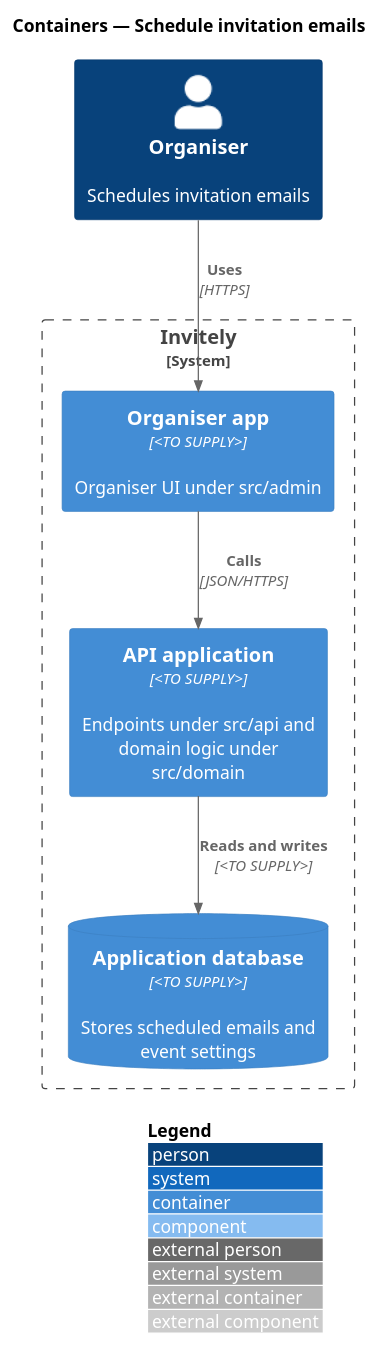
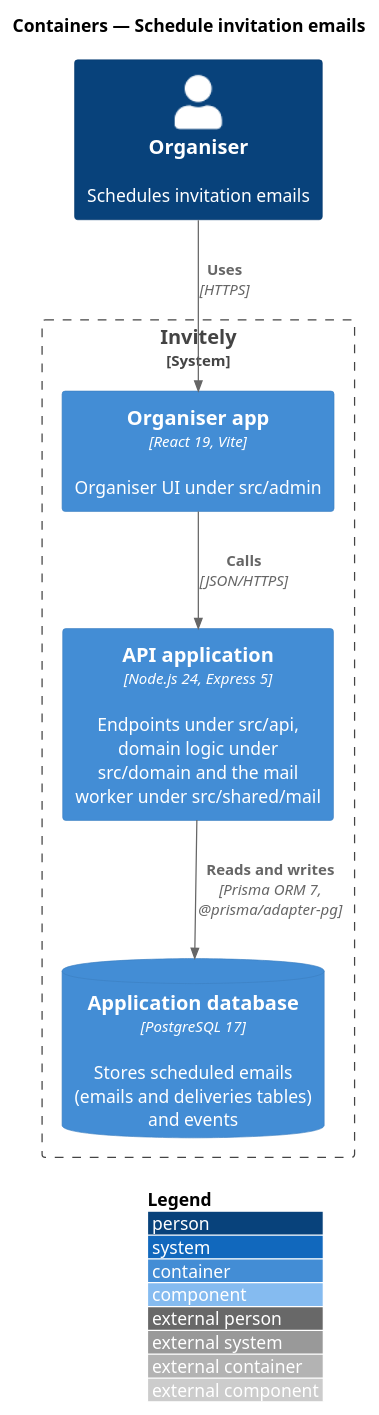
The diagram in docs/detailed-designs/invitations/schedule-invitations/diagrams/c4-container.puml (QuinntyneBrown/rsvp-cms), drawn with PlantUML before and after one commit. The commit also changed 45 other files, not shown here.

Commit message:
Add design-system component pages and tokens.json, fill in technologies in design diagrams

```diff
--- a/docs/detailed-designs/invitations/schedule-invitations/diagrams/c4-container.puml
+++ b/docs/detailed-designs/invitations/schedule-invitations/diagrams/c4-container.puml
@@ -1,16 +1,16 @@
 @startuml
 !include <C4/C4_Component>
 LAYOUT_WITH_LEGEND()
 title Containers — Schedule invitation emails
 
 Person(organiser, "Organiser", "Schedules invitation emails")
 System_Boundary(invitely, "Invitely") {
-  Container(admin, "Organiser app", "<TO SUPPLY>", "Organiser UI under src/admin")
-  Container(api, "API application", "<TO SUPPLY>", "Endpoints under src/api and domain logic under src/domain")
-  ContainerDb(db, "Application database", "<TO SUPPLY>", "Stores scheduled emails and event settings")
+  Container(admin, "Organiser app", "React 19, Vite", "Organiser UI under src/admin")
+  Container(api, "API application", "Node.js 24, Express 5", "Endpoints under src/api, domain logic under src/domain and the mail worker under src/shared/mail")
+  ContainerDb(db, "Application database", "PostgreSQL 17", "Stores scheduled emails (emails and deliveries tables) and events")
 }
 
 Rel(organiser, admin, "Uses", "HTTPS")
 Rel(admin, api, "Calls", "JSON/HTTPS")
-Rel(api, db, "Reads and writes", "<TO SUPPLY>")
+Rel(api, db, "Reads and writes", "Prisma ORM 7, @prisma/adapter-pg")
 @enduml
```
